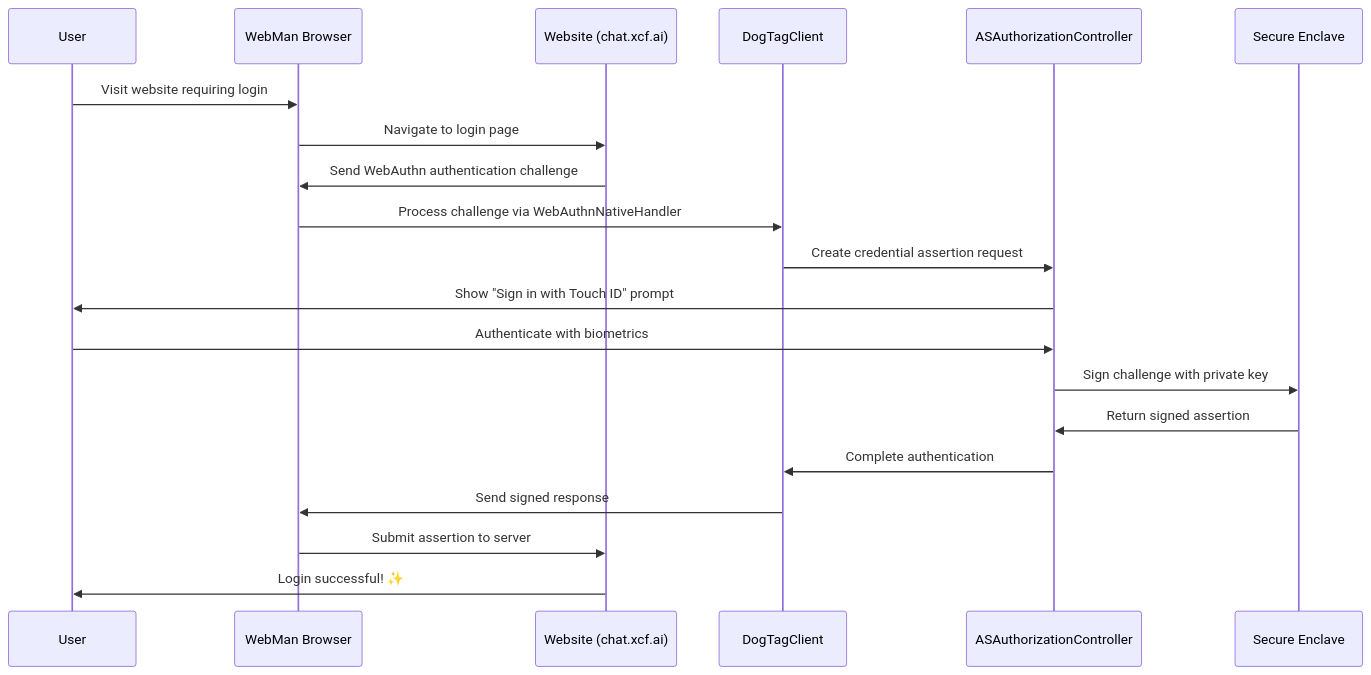
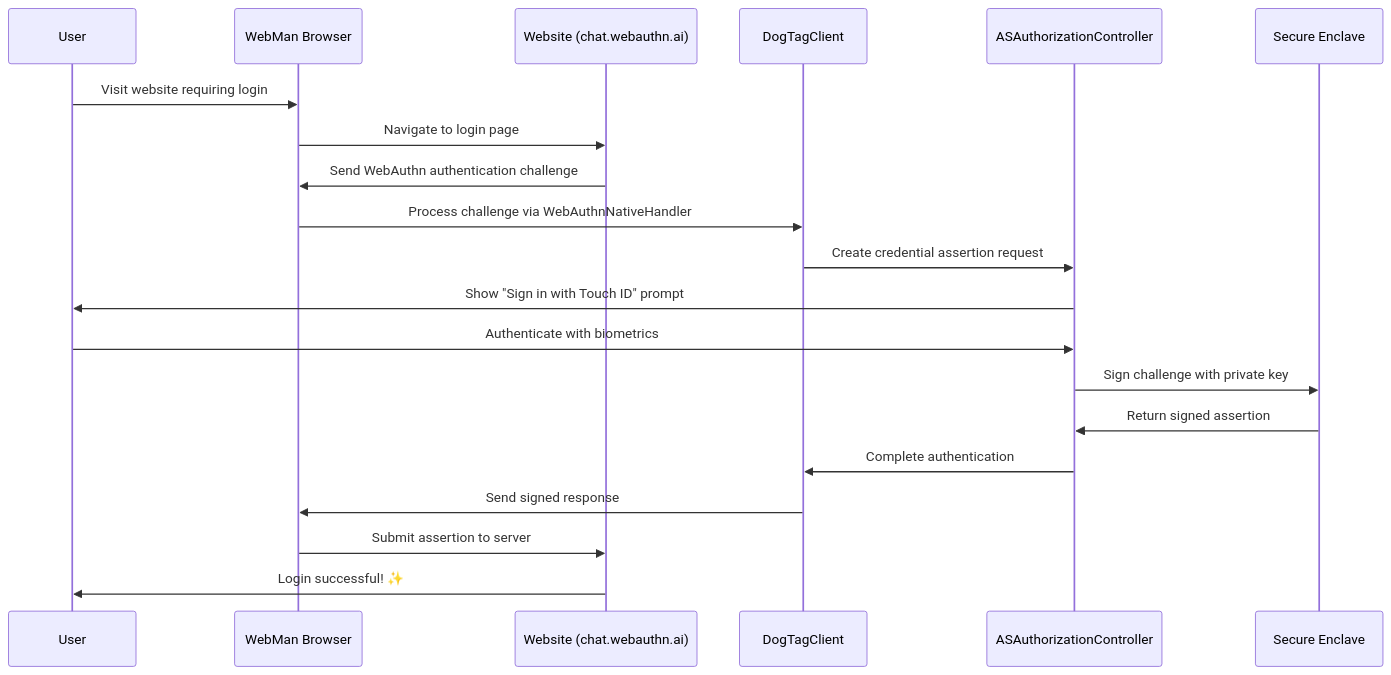
One commit to webauthnai/Web-Man changed the second of 7 diagrams in README.md. Above: the diagram before and after it, drawn with Mermaid. The commit also changed other lines of this file and 51 other files, not shown here.

````diff
--- a/README.md
+++ b/README.md
@@ -101,23 +101,23 @@
 ```mermaid
 sequenceDiagram
     participant U as User
     participant W as WebMan Browser
-    participant S as Website (chat.xcf.ai)
+    participant S as Website (chat.webauthn.ai)
     participant D as DogTagClient
     participant A as ASAuthorizationController
     participant E as Secure Enclave
     
     U->>W: Visit website requiring login
     W->>S: Navigate to login page
     S->>W: Send WebAuthn authentication challenge
     W->>D: Process challenge via WebAuthnNativeHandler
     D->>A: Create credential assertion request
     A->>U: Show "Sign in with Touch ID" prompt
     U->>A: Authenticate with biometrics
     A->>E: Sign challenge with private key
     E->>A: Return signed assertion
     A->>D: Complete authentication
     D->>W: Send signed response
     W->>S: Submit assertion to server
     S->>U: Login successful! ✨
 ```
````
